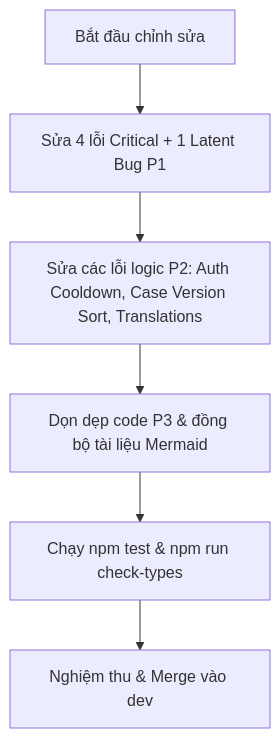
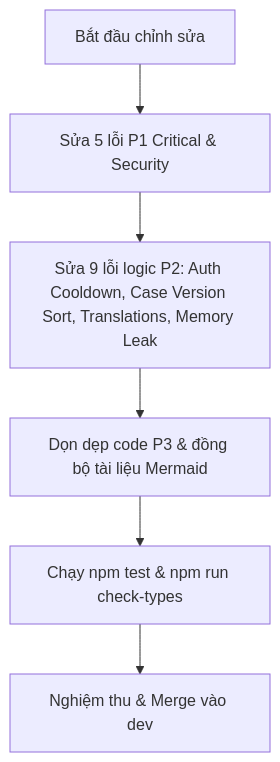
The diagram in docs/research/code-review-2026-08-27-gap-analysis-tasks.md (NEXUS-FOR-STARTUP/nexus-platform), drawn with Mermaid before and after one commit. The commit also changed other lines of this file, not shown here.

````diff
--- a/docs/research/code-review-2026-08-27-gap-analysis-tasks.md
+++ b/docs/research/code-review-2026-08-27-gap-analysis-tasks.md
@@ -262,8 +295,8 @@
 ```mermaid
 flowchart TD
-    A[Bắt đầu chỉnh sửa] --> B[Sửa 4 lỗi Critical + 1 Latent Bug P1]
-    B --> C[Sửa các lỗi logic P2: Auth Cooldown, Case Version Sort, Translations]
+    A[Bắt đầu chỉnh sửa] --> B[Sửa 5 lỗi P1 Critical & Security]
+    B --> C[Sửa 9 lỗi logic P2: Auth Cooldown, Case Version Sort, Translations, Memory Leak]
     C --> D[Dọn dẹp code P3 & đồng bộ tài liệu Mermaid]
     D --> E[Chạy npm test & npm run check-types]
     E --> F[Nghiệm thu & Merge vào dev]
 ```
````
